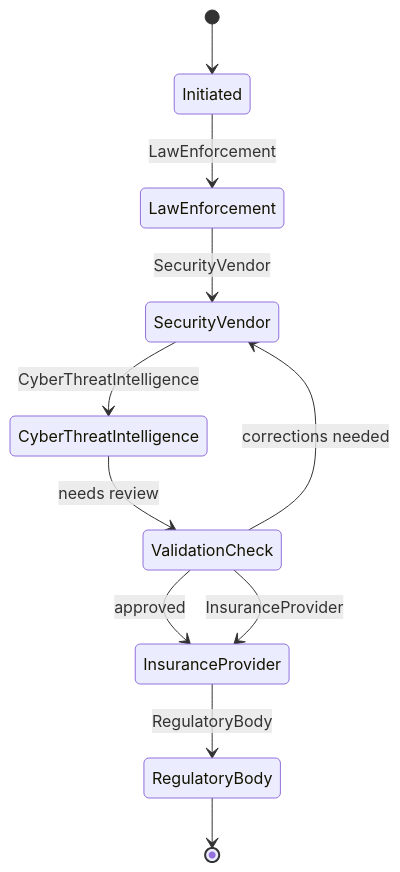
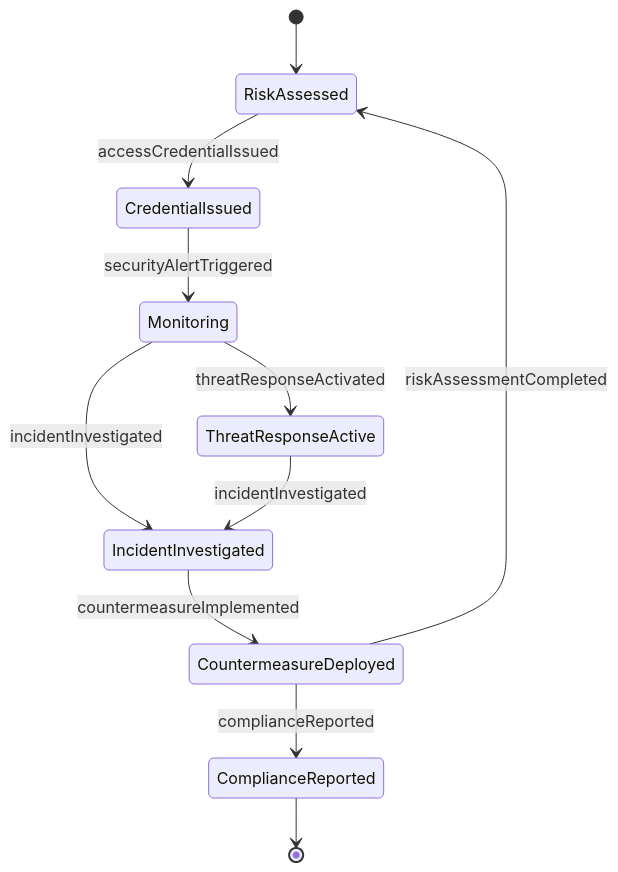
Before and after one commit to dot-org-ai/tasks.org.ai: the second of 4 diagrams in GuidingDirectingAndMotivatingSubordinates/DirectSecurityOrSafetyActivitiesOrOperations/ManageOrganizationalSecurityActivities.mdx, drawn with Mermaid. The commit also changed other lines of this file and 515 other files, not shown here.

````diff
--- a/GuidingDirectingAndMotivatingSubordinates/DirectSecurityOrSafetyActivitiesOrOperations/ManageOrganizationalSecurityActivities.mdx
+++ b/GuidingDirectingAndMotivatingSubordinates/DirectSecurityOrSafetyActivitiesOrOperations/ManageOrganizationalSecurityActivities.mdx
@@ -101,13 +103,13 @@
 ```mermaid
 stateDiagram-v2
-    [*] --> Initiated
-    Initiated --> LawEnforcement: LawEnforcement
-    LawEnforcement --> SecurityVendor: SecurityVendor
-    SecurityVendor --> CyberThreatIntelligence: CyberThreatIntelligence
-    CyberThreatIntelligence --> ValidationCheck: needs review
-    ValidationCheck --> SecurityVendor: corrections needed
-    ValidationCheck --> InsuranceProvider: approved
-    ValidationCheck --> InsuranceProvider: InsuranceProvider
-    InsuranceProvider --> RegulatoryBody: RegulatoryBody
-    RegulatoryBody --> [*]
+    [*] --> RiskAssessed
+    RiskAssessed --> CredentialIssued : accessCredentialIssued
+    CredentialIssued --> Monitoring : securityAlertTriggered
+    Monitoring --> IncidentInvestigated : incidentInvestigated
+    IncidentInvestigated --> CountermeasureDeployed : countermeasureImplemented
+    CountermeasureDeployed --> RiskAssessed : riskAssessmentCompleted
+    CountermeasureDeployed --> ComplianceReported : complianceReported
+    Monitoring --> ThreatResponseActive : threatResponseActivated
+    ThreatResponseActive --> IncidentInvestigated : incidentInvestigated
+    ComplianceReported --> [*]
 ```
````
